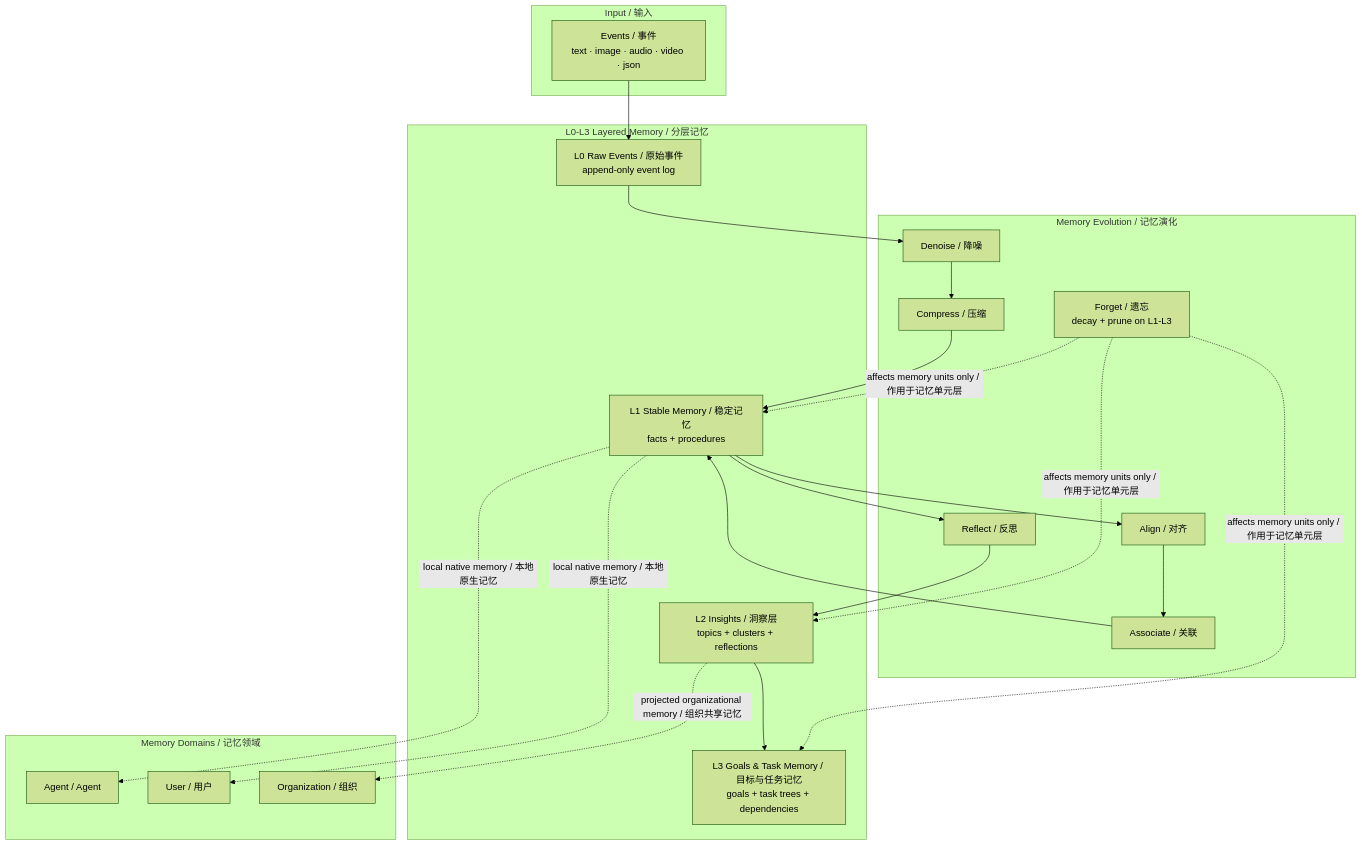
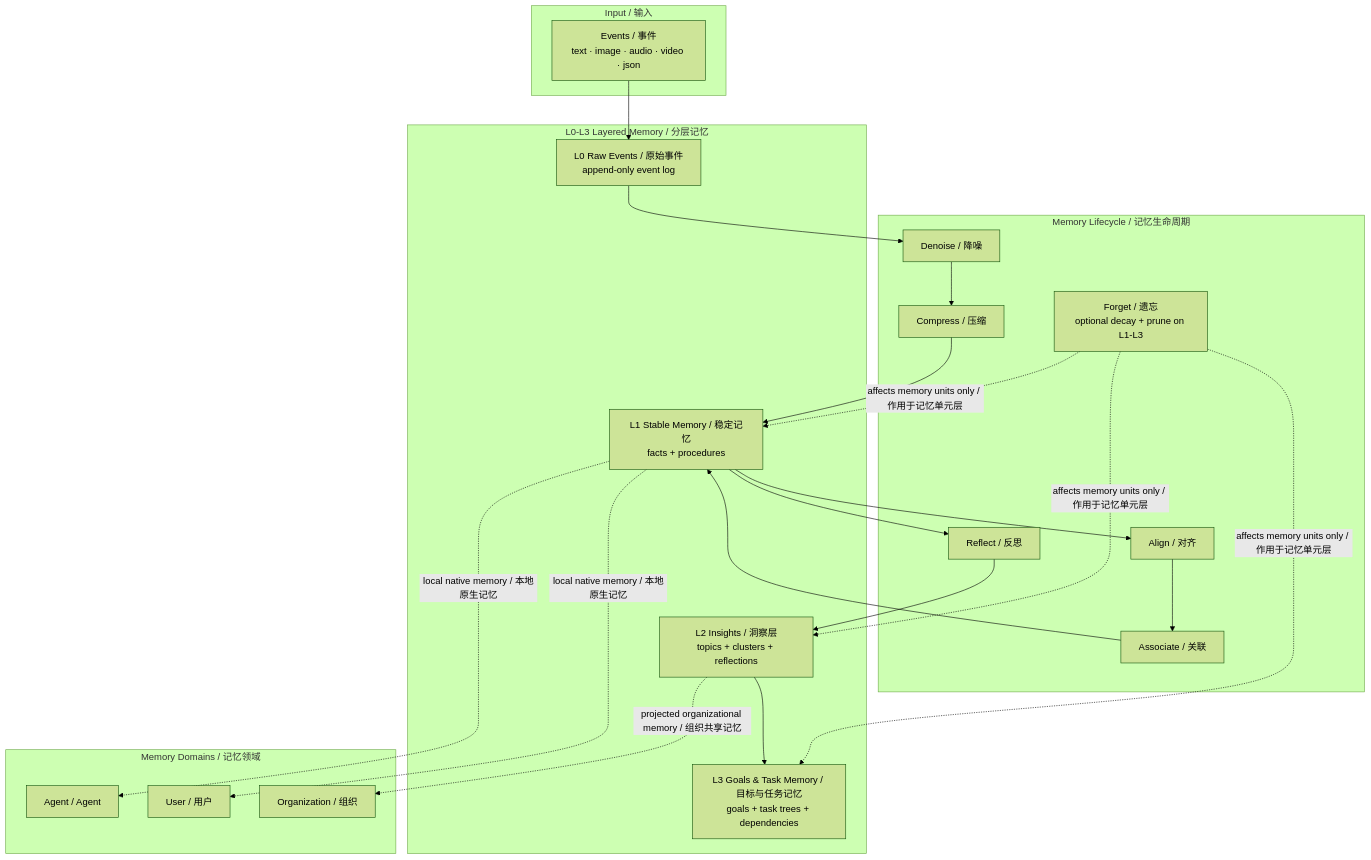
Before and after one commit to ai-akashic/Memorose: the diagram in README.md, drawn with Mermaid (forest theme). The commit also changed other lines of this file and 1 other file, not shown here.

Commit message:
docs: refine README and add memory roadmap

````diff
--- a/README.md
+++ b/README.md
@@ -237,40 +272,40 @@
 ```mermaid
 flowchart TD
     subgraph Input["Input / 输入"]
         I["Events / 事件<br/>text · image · audio · video · json"]
     end
 
     subgraph Layers["L0-L3 Layered Memory / 分层记忆"]
         L0["L0 Raw Events / 原始事件<br/>append-only event log"]
         L1["L1 Stable Memory / 稳定记忆<br/>facts + procedures"]
         L2["L2 Insights / 洞察层<br/>topics + clusters + reflections"]
         L3["L3 Goals & Task Memory / 目标与任务记忆<br/>goals + task trees + dependencies"]
     end
 
-    subgraph Evolution["Memory Evolution / 记忆演化"]
+    subgraph Evolution["Memory Lifecycle / 记忆生命周期"]
         E1["Denoise / 降噪"]
         E2["Compress / 压缩"]
         E3["Align / 对齐"]
         E4["Associate / 关联"]
         E5["Reflect / 反思"]
-        E6["Forget / 遗忘<br/>decay + prune on L1-L3"]
+        E6["Forget / 遗忘<br/>optional decay + prune on L1-L3"]
     end
 
     subgraph Domains["Memory Domains / 记忆领域"]
         D1["Agent / Agent"]
         D2["User / 用户"]
         D3["Organization / 组织"]
     end
 
     I --> L0
     L0 --> E1 --> E2 --> L1
     L1 --> E3 --> E4 --> L1
     L1 --> E5 --> L2
     L2 --> L3
     L1 -. local native memory / 本地原生记忆 .-> D1
     L1 -. local native memory / 本地原生记忆 .-> D2
     L2 -. projected organizational memory / 组织共享记忆 .-> D3
     E6 -. affects memory units only / 作用于记忆单元层 .-> L1
     E6 -. affects memory units only / 作用于记忆单元层 .-> L2
     E6 -. affects memory units only / 作用于记忆单元层 .-> L3
 ```
````
